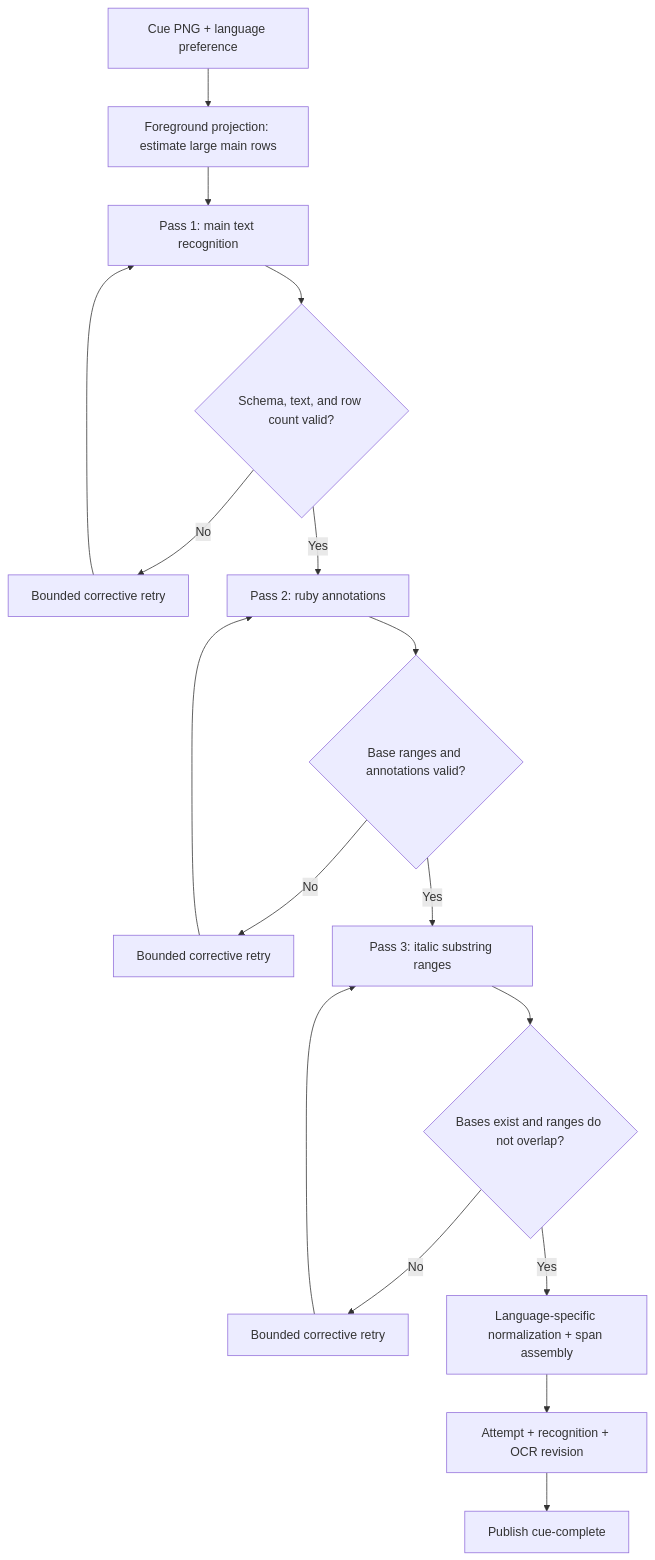
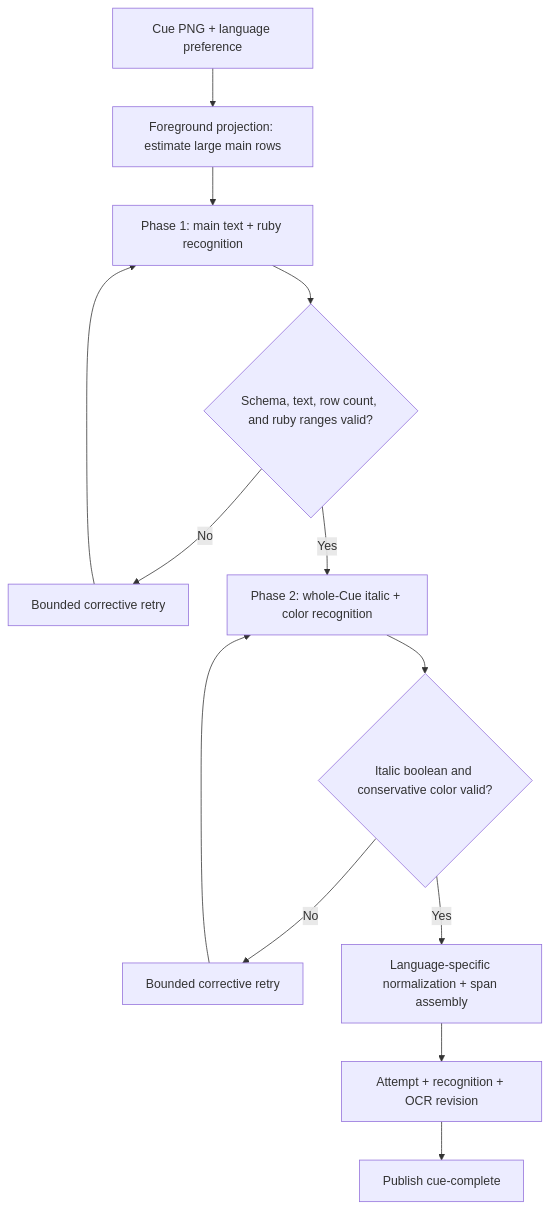
Diagram 11 of 18 in docs/specification.md (everettielle/RosettaCue), drawn with Mermaid before and after one commit. The commit also changed other lines of this file and 42 other files, not shown here.

````diff
--- a/docs/specification.md
+++ b/docs/specification.md
@@ -697,16 +699,13 @@
 ```mermaid
 flowchart TD
   Input["Cue PNG + language preference"] --> Rows["Foreground projection: estimate large main rows"]
-  Rows --> P1["Pass 1: main text recognition"]
-  P1 --> Validate1{"Schema, text, and row count valid?"}
+  Rows --> P1["Phase 1: main text + ruby recognition"]
+  P1 --> Validate1{"Schema, text, row count, and ruby ranges valid?"}
   Validate1 -->|No| Retry["Bounded corrective retry"] --> P1
-  Validate1 -->|Yes| P2["Pass 2: ruby annotations"]
-  P2 --> Validate2{"Base ranges and annotations valid?"}
+  Validate1 -->|Yes| P2["Phase 2: whole-Cue italic + color recognition"]
+  P2 --> Validate2{"Italic boolean and conservative color valid?"}
   Validate2 -->|No| Retry2["Bounded corrective retry"] --> P2
-  Validate2 -->|Yes| P3["Pass 3: italic substring ranges"]
-  P3 --> Validate3{"Bases exist and ranges do not overlap?"}
-  Validate3 -->|No| Retry3["Bounded corrective retry"] --> P3
-  Validate3 -->|Yes| Normalize["Language-specific normalization + span assembly"]
+  Validate2 -->|Yes| Normalize["Language-specific normalization + span assembly"]
   Normalize --> Persist["Attempt + recognition + OCR revision"]
   Persist --> Event["Publish cue-complete"]
 ```
````
